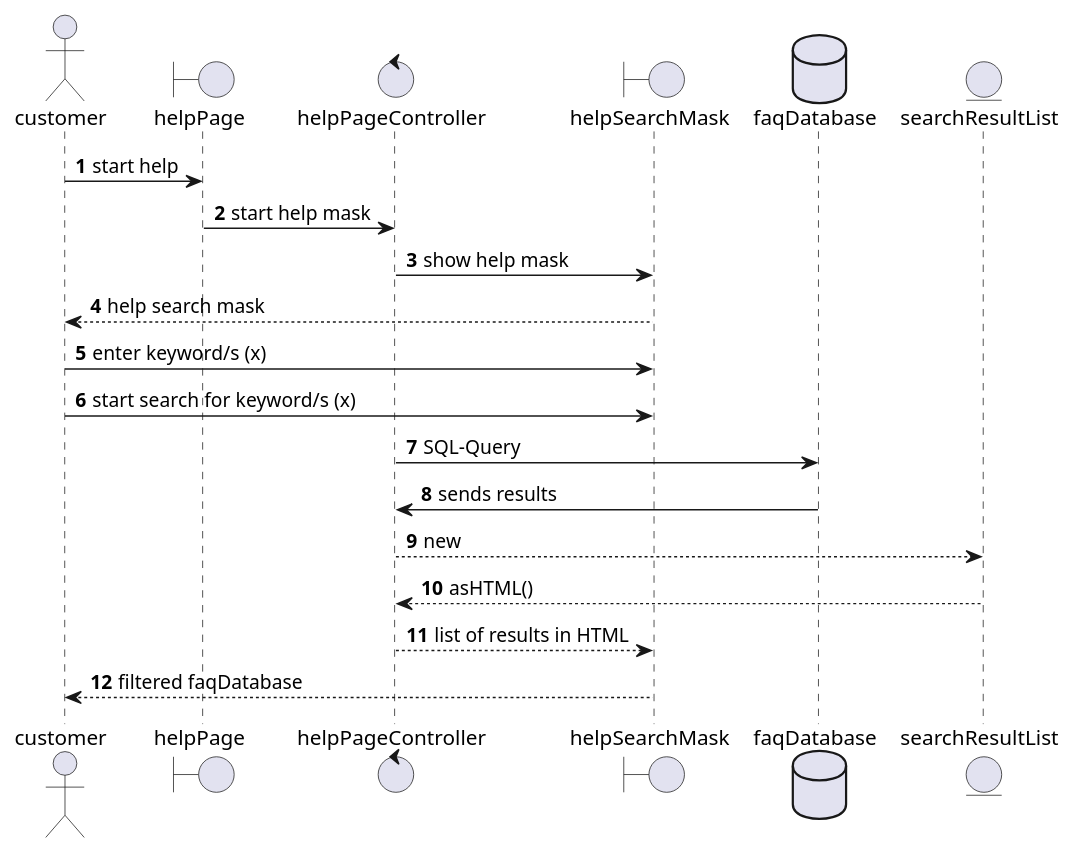
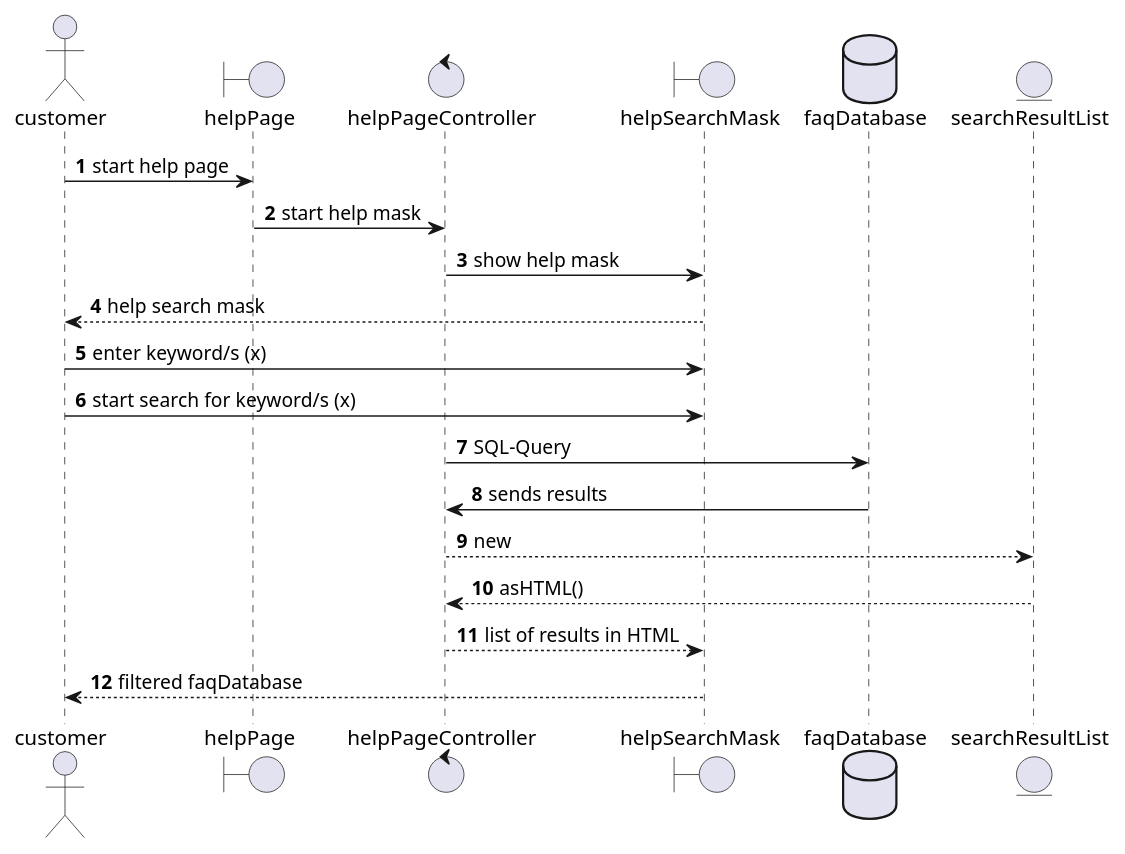
The diagram in src/main/team_space/exercise5/sd_FilterHelpPage.puml (1nbetw33n/Parkhaus_new), drawn with PlantUML before and after one commit.

```diff
--- a/src/main/team_space/exercise5/sd_FilterHelpPage.puml
+++ b/src/main/team_space/exercise5/sd_FilterHelpPage.puml
@@ -1,26 +1,26 @@
 @startuml
 'https://plantuml.com/sequence-diagram
 
 
 actor customer
 boundary helpPage
 control helpPageController
 boundary helpSearchMask
 database faqDatabase
 entity searchResultList
 
 autonumber
 
-customer -> helpPage: start help
+customer -> helpPage: start help page
 helpPage -> helpPageController: start help mask
 helpSearchMask <- helpPageController: show help mask
 customer <-- helpSearchMask: help search mask
 customer -> helpSearchMask: enter keyword/s (x)
 customer -> helpSearchMask: start search for keyword/s (x)
 helpPageController -> faqDatabase: SQL-Query
 faqDatabase -> helpPageController: sends results
 helpPageController --> searchResultList: new
 searchResultList --> helpPageController: asHTML()
 helpPageController --> helpSearchMask: list of results in HTML
 helpSearchMask --> customer: filtered faqDatabase
 @enduml
```
